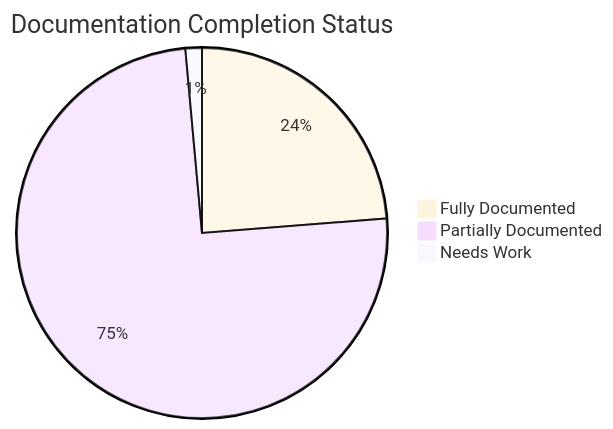
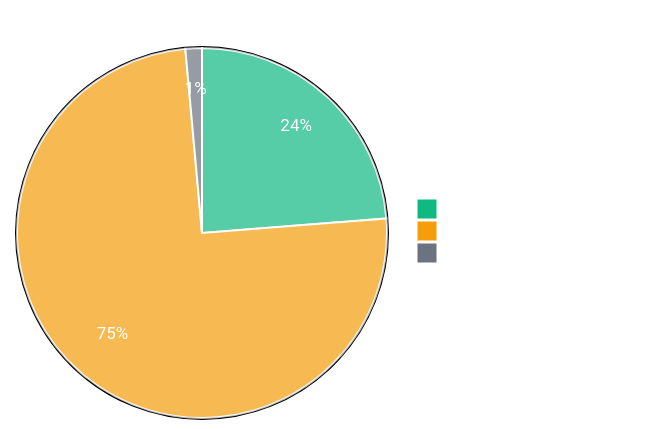
Before and after one commit to synthotec/synthotec.github.io: the first of 4 diagrams in Documentation/SynthoTec-4D/Overview.md, drawn with Mermaid. The commit also changed other lines of this file, not shown here.

First line of the commit message:
Update documentation progress and status labels

````diff
--- a/Documentation/SynthoTec-4D/Overview.md
+++ b/Documentation/SynthoTec-4D/Overview.md
@@ -18,7 +18,7 @@
 ```mermaid
-%%{init: {'theme':'base'}}%%
-pie title Documentation Completion Status
+%%{init: {'theme':'base', 'themeVariables': {'pieStrokeColor': '#ffffff', 'pieStrokeWidth': '2px', 'primaryColor': '#10b981', 'primaryTextColor': '#fff', 'primaryBorderColor': '#059669', 'secondaryColor': '#f59e0b', 'secondaryTextColor': '#fff', 'secondaryBorderColor': '#d97706', 'tertiaryColor': '#6b7280', 'tertiaryTextColor': '#fff', 'tertiaryBorderColor': '#4b5563'}}}%%
+pie showData title Documentation Completion Status
     "Fully Documented" : 66
     "Partially Documented" : 208
-    "Needs Work" : 4
+    "Not Started" : 4
 ```
````
